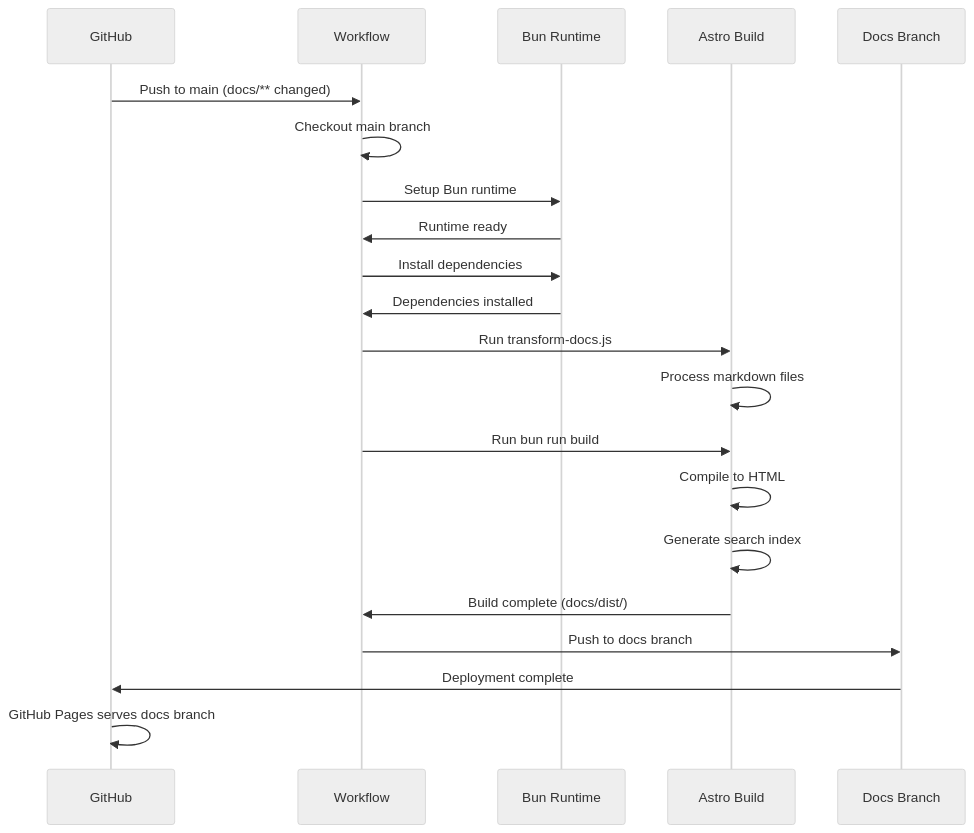
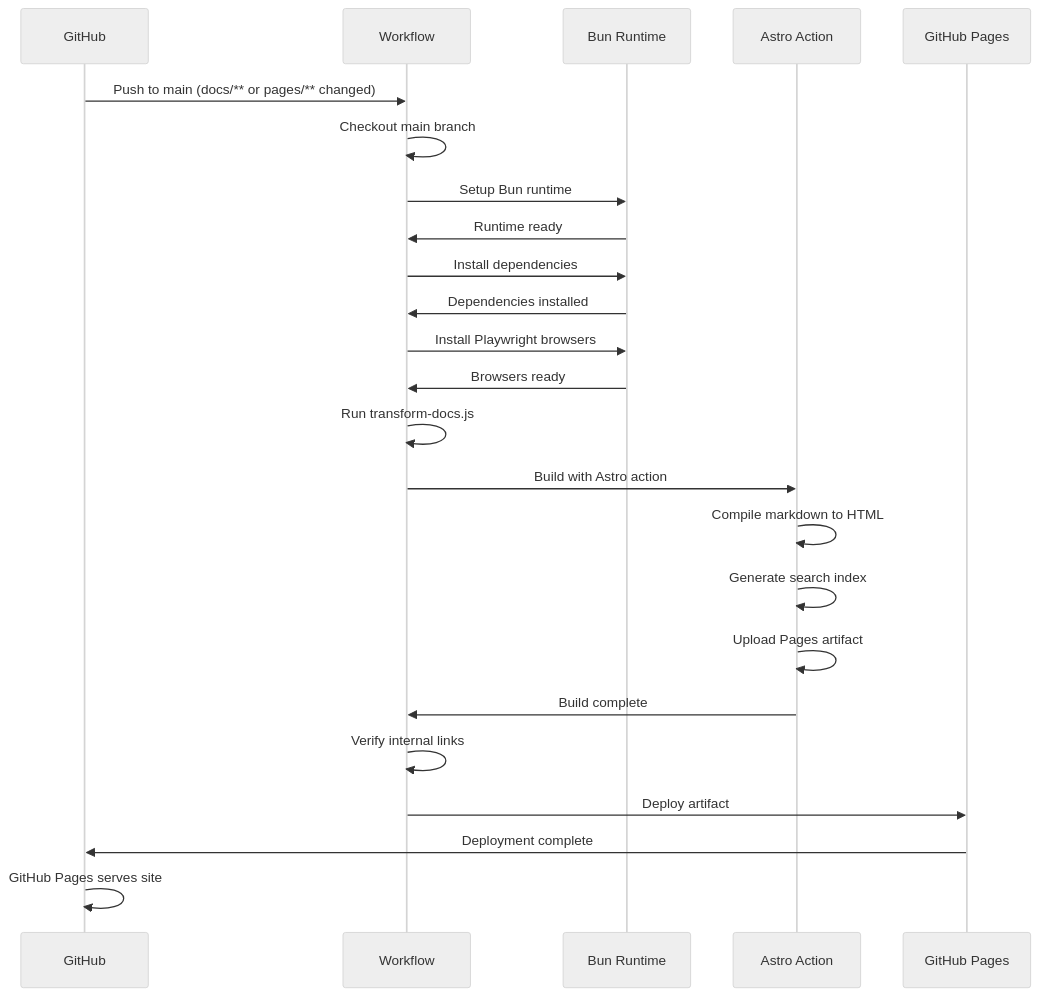
One commit to pantheon-org/opencode-warcraft-notifications changed the sixth of 6 diagrams in docs/pipeline.md. Above: the diagram before and after it, drawn with Mermaid (neutral theme). The commit also changed other lines of this file and 3 other files, not shown here.

First line of the commit message:
docs: update GitHub Pages deployment workflow and documentation (#170)

````diff
--- a/docs/pipeline.md
+++ b/docs/pipeline.md
@@ -1277,24 +1315,27 @@
 ```mermaid
 sequenceDiagram
     participant GH as GitHub
     participant WF as Workflow
     participant Bun as Bun Runtime
-    participant Astro as Astro Build
-    participant Docs as Docs Branch
+    participant Astro as Astro Action
+    participant Pages as GitHub Pages
 
-    GH->>WF: Push to main (docs/** changed)
+    GH->>WF: Push to main (docs/** or pages/** changed)
     WF->>WF: Checkout main branch
     WF->>Bun: Setup Bun runtime
     Bun->>WF: Runtime ready
     WF->>Bun: Install dependencies
     Bun->>WF: Dependencies installed
-    WF->>Astro: Run transform-docs.js
-    Astro->>Astro: Process markdown files
-    WF->>Astro: Run bun run build
-    Astro->>Astro: Compile to HTML
+    WF->>Bun: Install Playwright browsers
+    Bun->>WF: Browsers ready
+    WF->>WF: Run transform-docs.js
+    WF->>Astro: Build with Astro action
+    Astro->>Astro: Compile markdown to HTML
     Astro->>Astro: Generate search index
-    Astro->>WF: Build complete (docs/dist/)
-    WF->>Docs: Push to docs branch
-    Docs->>GH: Deployment complete
-    GH->>GH: GitHub Pages serves docs branch
+    Astro->>Astro: Upload Pages artifact
+    Astro->>WF: Build complete
+    WF->>WF: Verify internal links
+    WF->>Pages: Deploy artifact
+    Pages->>GH: Deployment complete
+    GH->>GH: GitHub Pages serves site
 ```
````
